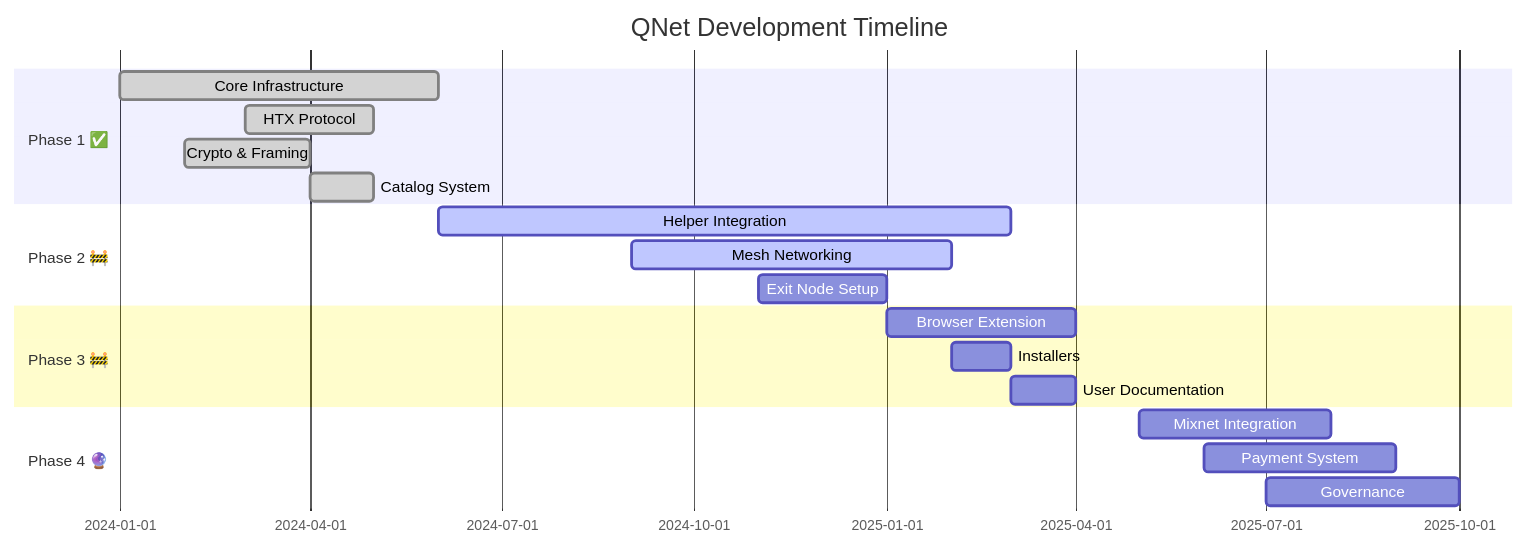
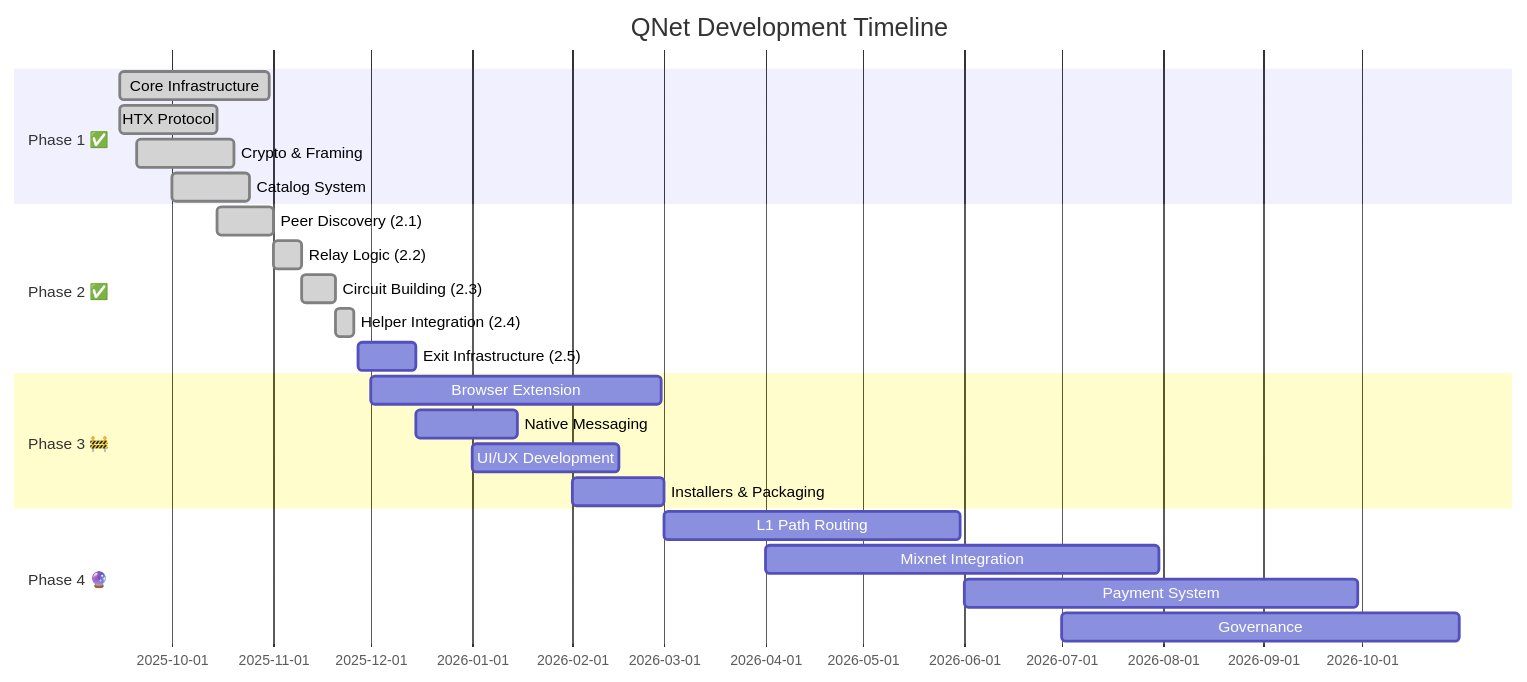
Before and after one commit to QW1CKS/qnet: diagram 16 of 16 in README.md, drawn with Mermaid. The commit also changed other lines of this file, not shown here.

Commit message:
fix: Update development timeline in README with new dates and phases

````diff
--- a/README.md
+++ b/README.md
@@ -809,25 +809,29 @@
 ```mermaid
 gantt
     title QNet Development Timeline
-    dateFormat YYYY-MM
+    dateFormat YYYY-MM-DD
     section Phase 1 ✅
-    Core Infrastructure    :done, p1, 2024-01, 2024-06
-    HTX Protocol          :done, p1a, 2024-03, 2024-05
-    Crypto & Framing      :done, p1b, 2024-02, 2024-04
-    Catalog System        :done, p1c, 2024-04, 2024-05
+    Core Infrastructure    :done, p1, 2025-09-15, 2025-10-31
+    HTX Protocol          :done, p1a, 2025-09-15, 2025-10-15
+    Crypto & Framing      :done, p1b, 2025-09-20, 2025-10-20
+    Catalog System        :done, p1c, 2025-10-01, 2025-10-25
     
-    section Phase 2 🚧
-    Helper Integration    :active, p2, 2024-06, 2025-03
-    Mesh Networking       :active, p2a, 2024-09, 2025-02
-    Exit Node Setup       :p2b, 2024-11, 2025-01
+    section Phase 2 ✅
+    Peer Discovery (2.1)  :done, p2a, 2025-10-15, 2025-11-01
+    Relay Logic (2.2)     :done, p2b, 2025-11-01, 2025-11-10
+    Circuit Building (2.3):done, p2c, 2025-11-10, 2025-11-20
+    Helper Integration (2.4):done, p2d, 2025-11-20, 2025-11-26
+    Exit Infrastructure (2.5):p2e, 2025-11-27, 2025-12-15
     
     section Phase 3 🚧
-    Browser Extension     :p3, 2025-01, 2025-04
-    Installers            :p3a, 2025-02, 2025-03
-    User Documentation    :p3b, 2025-03, 2025-04
+    Browser Extension     :p3, 2025-12-01, 2026-02-28
+    Native Messaging      :p3a, 2025-12-15, 2026-01-15
+    UI/UX Development     :p3b, 2026-01-01, 2026-02-15
+    Installers & Packaging:p3c, 2026-02-01, 2026-03-01
     
     section Phase 4 🔮
-    Mixnet Integration    :p4, 2025-05, 2025-08
-    Payment System        :p4a, 2025-06, 2025-09
-    Governance            :p4b, 2025-07, 2025-10
+    L1 Path Routing       :p4a, 2026-03-01, 2026-05-31
+    Mixnet Integration    :p4b, 2026-04-01, 2026-07-31
+    Payment System        :p4c, 2026-06-01, 2026-09-30
+    Governance            :p4d, 2026-07-01, 2026-10-31
 ```
````
